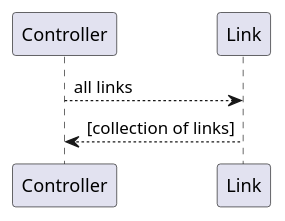
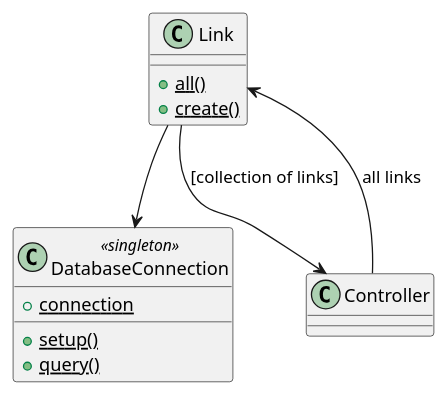
One commit to meta-morpho-sys/new_bookmark_manager changed the diagram in user_stories.puml. Above: the diagram before and after it, drawn with PlantUML. The commit also changed 3 other files, not shown here.

```diff
--- a/user_stories.puml
+++ b/user_stories.puml
@@ -1,6 +1,18 @@
 @startuml
+
+class Link {
+    +{static} all()
+    +{static} create()
+}
+
+class DatabaseConnection <<singleton>>  {
+    +{static} connection
+    +{static} setup()
+    +{static} query()
+}
 
 Controller --> Link: all links
 Link --> Controller: [collection of links]
+Link --> DatabaseConnection
 
 @enduml
```
